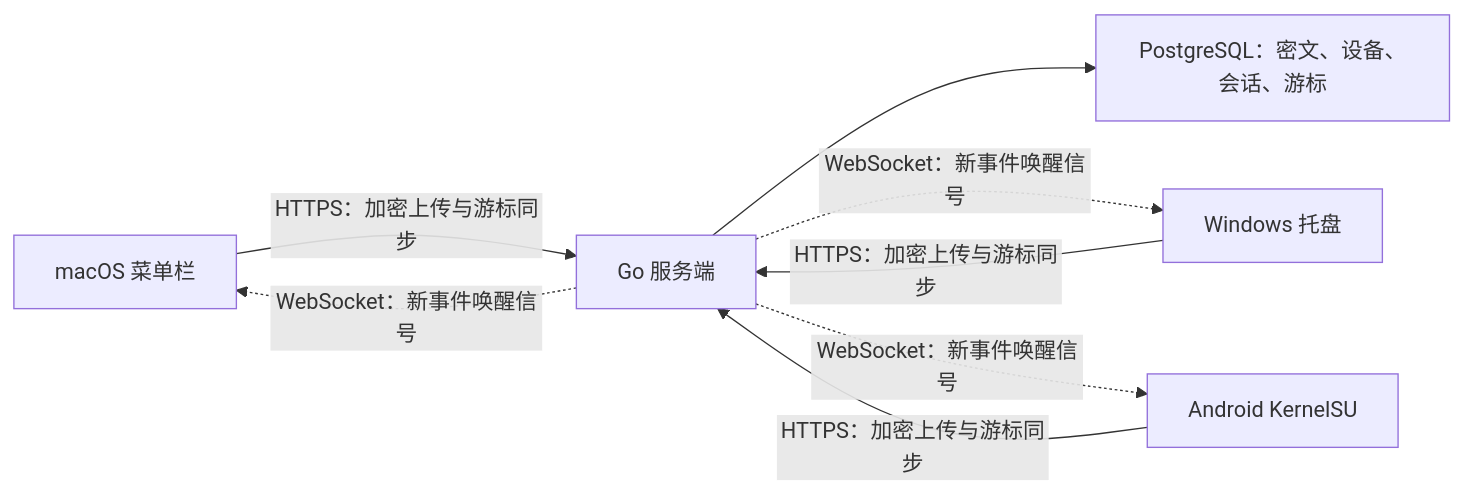
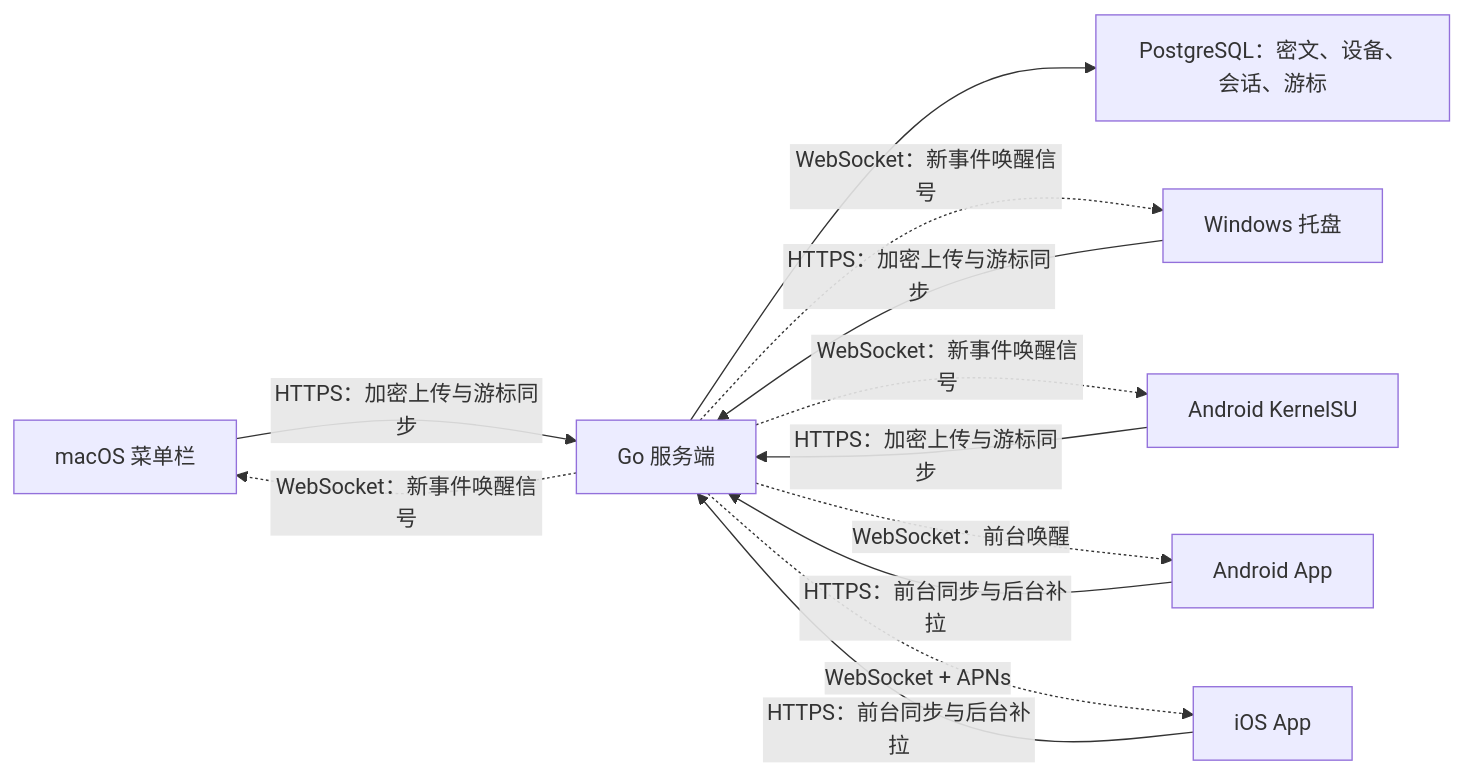
Before and after one commit to Grivia/share_clipboard: the diagram in README.md, drawn with Mermaid. The commit also changed other lines of this file and 75 other files, not shown here.

Commit message:
Add Android and iOS clients with APNs support

````diff
--- a/README.md
+++ b/README.md
@@ -36,10 +37,14 @@
 ```mermaid
 flowchart LR
     A["macOS 菜单栏"] -->|"HTTPS：加密上传与游标同步"| S["Go 服务端"]
     W["Windows 托盘"] -->|"HTTPS：加密上传与游标同步"| S
     K["Android KernelSU"] -->|"HTTPS：加密上传与游标同步"| S
+    D["Android App"] -->|"HTTPS：前台同步与后台补拉"| S
+    I["iOS App"] -->|"HTTPS：前台同步与后台补拉"| S
     S --> P["PostgreSQL：密文、设备、会话、游标"]
     S -.->|"WebSocket：新事件唤醒信号"| A
     S -.->|"WebSocket：新事件唤醒信号"| W
     S -.->|"WebSocket：新事件唤醒信号"| K
+    S -.->|"WebSocket：前台唤醒"| D
+    S -.->|"WebSocket + APNs"| I
 ```
````
